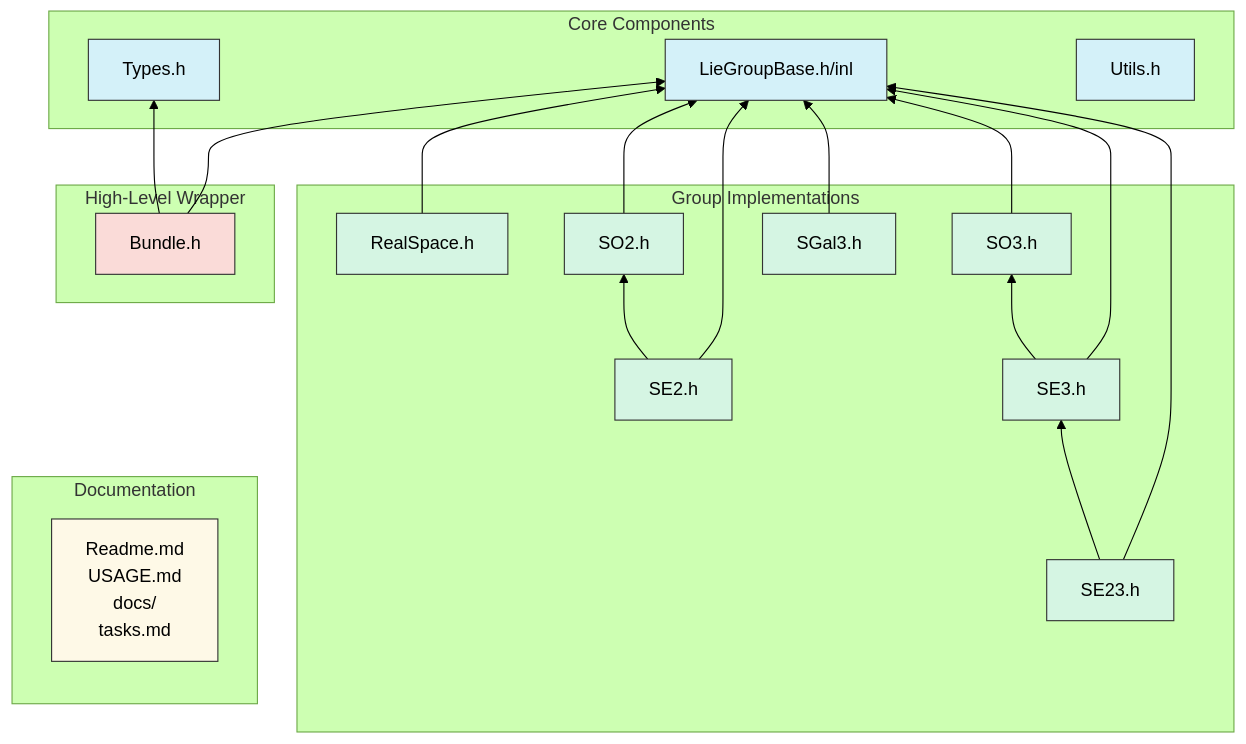
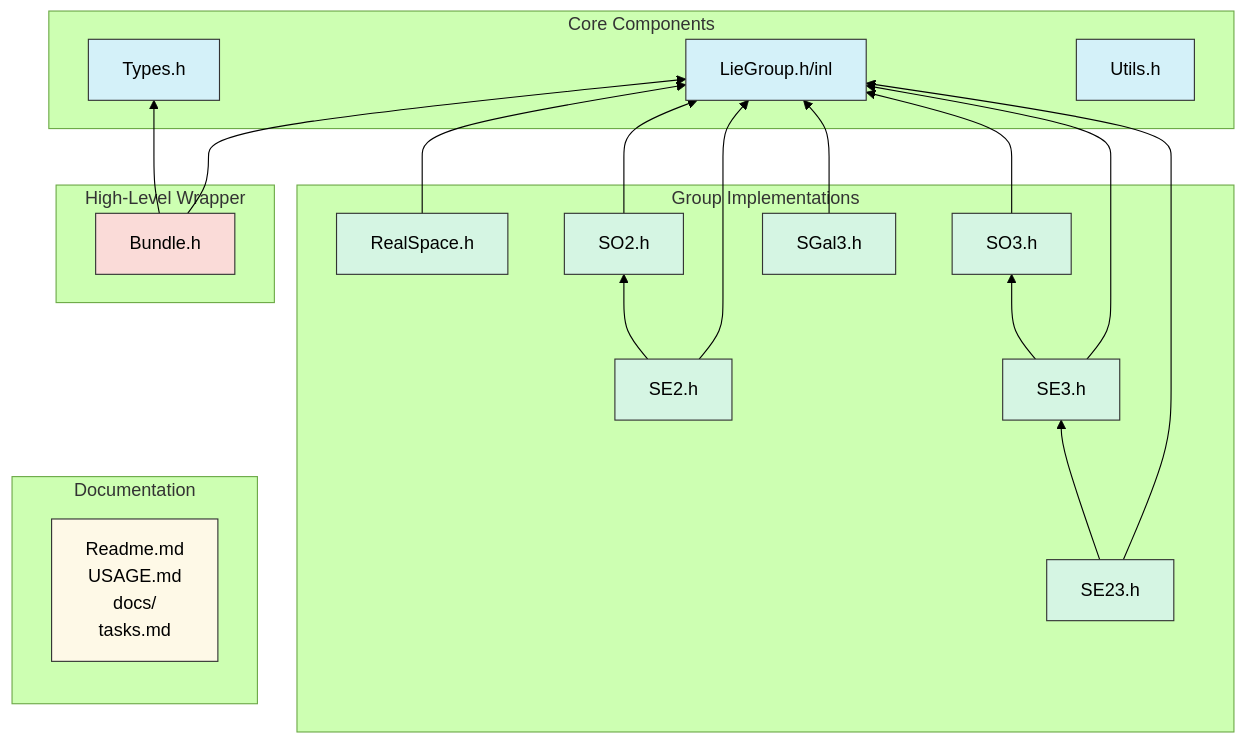
One commit to SofaDefrost/Cosserat changed the diagram in src/liegroups/docs/dependency_tree.md. Above: the diagram before and after it, drawn with Mermaid (forest theme). The commit also changed other lines of this file and 18 other files, not shown here.

First line of the commit message:
[liegroups] Migrate all Lie group classes to GroupProperties template

````diff
--- a/src/liegroups/docs/dependency_tree.md
+++ b/src/liegroups/docs/dependency_tree.md
@@ -3,58 +3,58 @@
 ```mermaid
 graph BT
     %% Styling
     classDef core fill:#d4f1f9,stroke:#333,stroke-width:1px
     classDef implementation fill:#d5f5e3,stroke:#333,stroke-width:1px
     classDef wrapper fill:#fadbd8,stroke:#333,stroke-width:1px
     classDef docs fill:#fef9e7,stroke:#333,stroke-width:1px
 
     %% Core Components
     subgraph Core["Core Components"]
-        LieGroupBase["LieGroupBase.h/inl"]
+        LieGroup["LieGroup.h/inl"]
         Types["Types.h"]
         Utils["Utils.h"]
     end
 
     %% Group Implementations
     subgraph Implementations["Group Implementations"]
         RealSpace["RealSpace.h"]
         SO2["SO2.h"]
         SO3["SO3.h"]
         SE2["SE2.h"]
         SE3["SE3.h"]
         SE23["SE23.h"]
         SGal3["SGal3.h"]
     end
 
     %% High-Level Wrapper
     subgraph Wrapper["High-Level Wrapper"]
         Bundle["Bundle.h"]
     end
 
     %% Documentation
     subgraph Documentation["Documentation"]
         Docs["Readme.md<br/>USAGE.md<br/>docs/<br/>tasks.md"]
     end
 
     %% Dependencies
-    RealSpace --> LieGroupBase
-    SO2 --> LieGroupBase
-    SO3 --> LieGroupBase
-    SE2 --> LieGroupBase
+    RealSpace --> LieGroup
+    SO2 --> LieGroup
+    SO3 --> LieGroup
+    SE2 --> LieGroup
     SE2 --> SO2
-    SE3 --> LieGroupBase
+    SE3 --> LieGroup
     SE3 --> SO3
-    SE23 --> LieGroupBase
+    SE23 --> LieGroup
     SE23 --> SE3
-    SGal3 --> LieGroupBase
+    SGal3 --> LieGroup
 
     %% Bundle dependencies
-    Bundle --> LieGroupBase
+    Bundle --> LieGroup
     Bundle --> Types
 
     %% Apply styling
-    class LieGroupBase,Types,Utils core
+    class LieGroup,Types,Utils core
     class RealSpace,SO2,SO3,SE2,SE3,SE23,SGal3 implementation
     class Bundle wrapper
     class Docs docs
 ```
````
